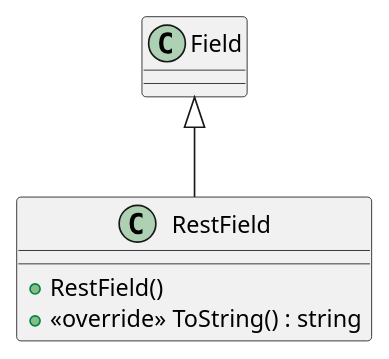
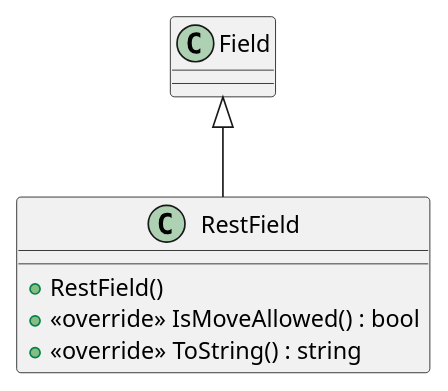
The diagram in Barricade/Models/RestField.puml (Evert-Arends/barricadegameModel3), drawn with PlantUML before and after one commit. The commit also changed 21 other files, not shown here.

```diff
--- a/Barricade/Models/RestField.puml
+++ b/Barricade/Models/RestField.puml
@@ -1,7 +1,8 @@
 @startuml
 class RestField {
     + RestField()
+    + <<override>> IsMoveAllowed() : bool
     + <<override>> ToString() : string
 }
 Field <|-- RestField
 @enduml
```
